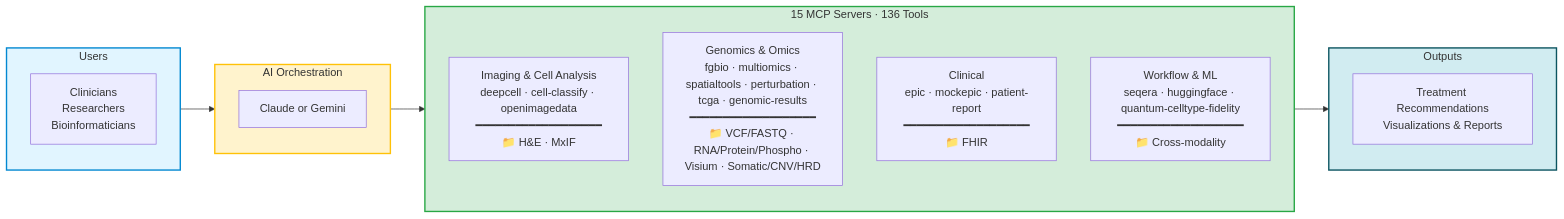
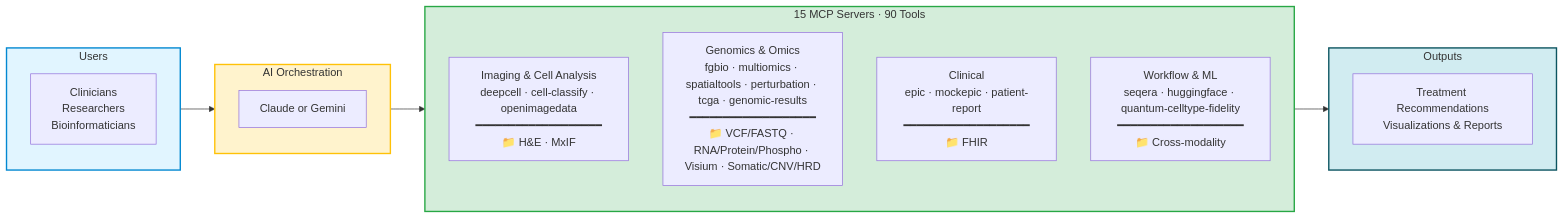
Before and after one commit to raymond301/precision-medicine-mcp: the diagram in docs/for-funders/EXECUTIVE_SUMMARY.md, drawn with Mermaid. The commit also changed other lines of this file and 33 other files, not shown here.

````diff
--- a/docs/for-funders/EXECUTIVE_SUMMARY.md
+++ b/docs/for-funders/EXECUTIVE_SUMMARY.md
@@ -13,31 +13,31 @@
 ```mermaid
 graph LR
     subgraph Users["Users"]
         U[Clinicians<br/>Researchers<br/>Bioinformaticians]
     end
 
     subgraph AI["AI Orchestration"]
         LLM[Claude or Gemini]
     end
 
-    subgraph Servers["15 MCP Servers · 136 Tools"]
+    subgraph Servers["15 MCP Servers · 90 Tools"]
         direction TB
         IMAGING["Imaging & Cell Analysis<br/>deepcell · cell-classify · openimagedata<br/>━━━━━━━━━━━━━━━━━━━<br/>📁 H&E · MxIF"]
         GENOMICS["Genomics & Omics<br/>fgbio · multiomics · spatialtools · perturbation · tcga · genomic-results<br/>━━━━━━━━━━━━━━━━━━━<br/>📁 VCF/FASTQ · RNA/Protein/Phospho · Visium · Somatic/CNV/HRD"]
         CLINICAL["Clinical<br/>epic · mockepic · patient-report<br/>━━━━━━━━━━━━━━━━━━━<br/>📁 FHIR"]
         WORKFLOW["Workflow & ML<br/>seqera · huggingface · quantum-celltype-fidelity<br/>━━━━━━━━━━━━━━━━━━━<br/>📁 Cross-modality"]
     end
 
     subgraph Output["Outputs"]
         O[Treatment Recommendations<br/>Visualizations & Reports]
     end
 
     Users --> AI
     AI --> Servers
     Servers --> Output
 
     style Users fill:#e1f5ff,stroke:#0288d1,stroke-width:2px
     style AI fill:#fff3cd,stroke:#ffc107,stroke-width:2px
     style Servers fill:#d4edda,stroke:#28a745,stroke-width:2px
     style Output fill:#d1ecf1,stroke:#0c5460,stroke-width:2px
 ```
````
